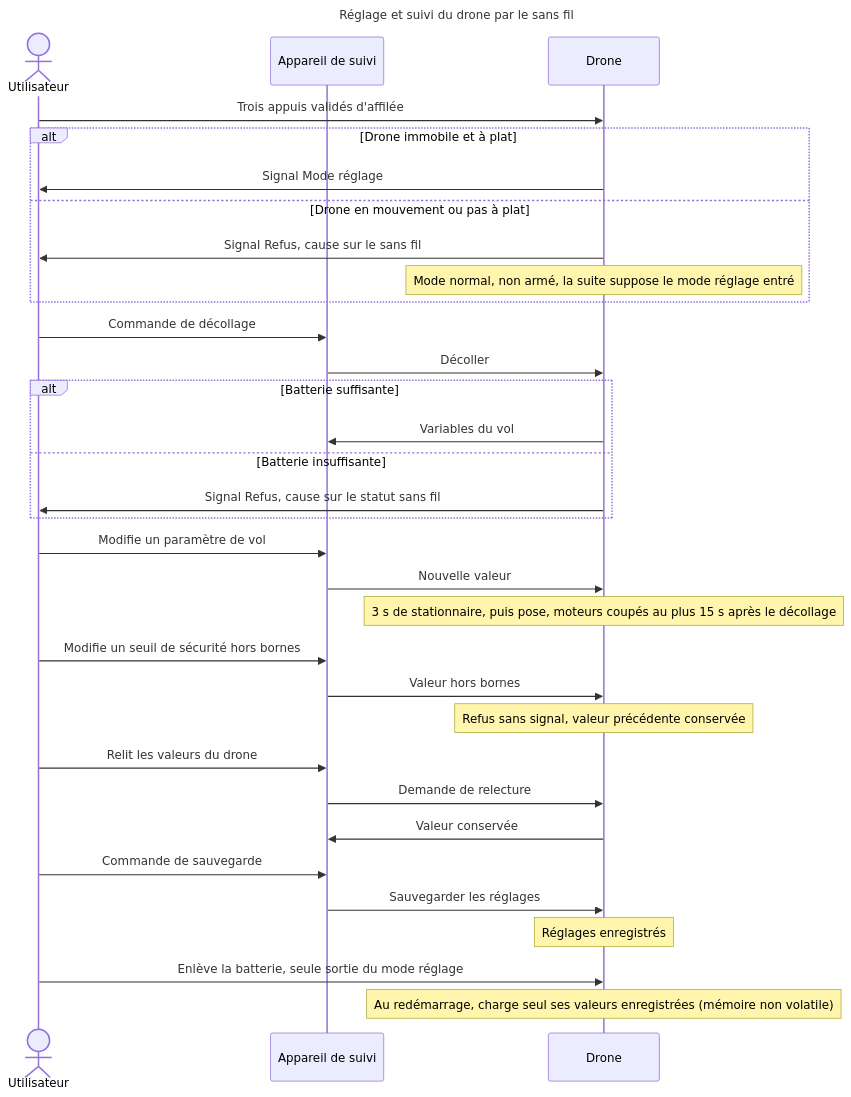
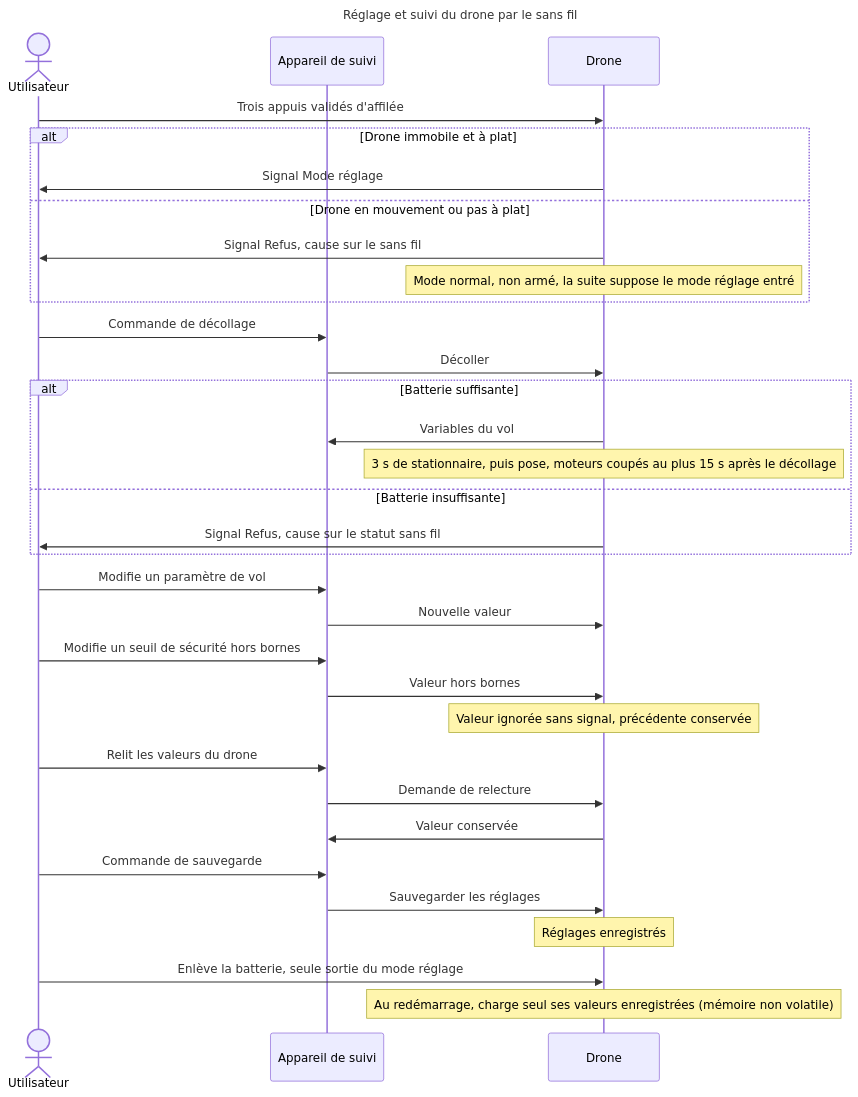
One commit to thourymatthieu-png/coworker_archi_system changed diagram 13 of 15 in projets/boomrone/00-scenarios.md. Above: the diagram before and after it, drawn with Mermaid. The commit also changed other lines of this file and 5 other files, not shown here.

````diff
--- a/projets/boomrone/00-scenarios.md
+++ b/projets/boomrone/00-scenarios.md
@@ -762,37 +788,37 @@
 ```mermaid
 ---
 title: "Réglage et suivi du drone par le sans fil"
 ---
 sequenceDiagram
     actor U as Utilisateur
     participant A as Appareil de suivi
     participant D as Drone
     U->>D: Trois appuis validés d'affilée
     alt Drone immobile et à plat
         D->>U: Signal Mode réglage
     else Drone en mouvement ou pas à plat
         D->>U: Signal Refus, cause sur le sans fil
         Note over D: Mode normal, non armé, la suite suppose le mode réglage entré
     end
     U->>A: Commande de décollage
     A->>D: Décoller
     alt Batterie suffisante
         D->>A: Variables du vol
+        Note over D: 3 s de stationnaire, puis pose, moteurs coupés au plus 15 s après le décollage
     else Batterie insuffisante
         D->>U: Signal Refus, cause sur le statut sans fil
     end
     U->>A: Modifie un paramètre de vol
     A->>D: Nouvelle valeur
-    Note over D: 3 s de stationnaire, puis pose, moteurs coupés au plus 15 s après le décollage
     U->>A: Modifie un seuil de sécurité hors bornes
     A->>D: Valeur hors bornes
-    Note over D: Refus sans signal, valeur précédente conservée
+    Note over D: Valeur ignorée sans signal, précédente conservée
     U->>A: Relit les valeurs du drone
     A->>D: Demande de relecture
     D->>A: Valeur conservée
     U->>A: Commande de sauvegarde
     A->>D: Sauvegarder les réglages
     Note over D: Réglages enregistrés
     U->>D: Enlève la batterie, seule sortie du mode réglage
     Note over D: Au redémarrage, charge seul ses valeurs enregistrées (mémoire non volatile)
 ```
````
